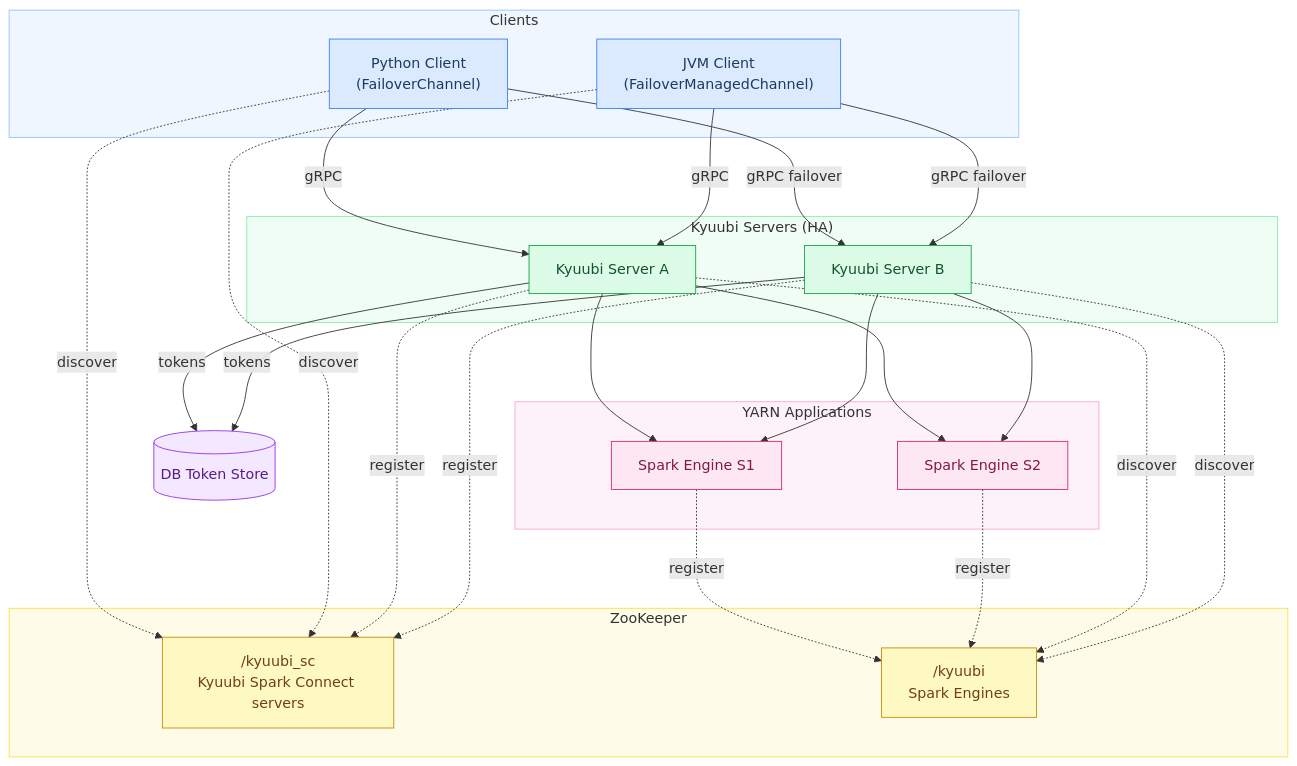
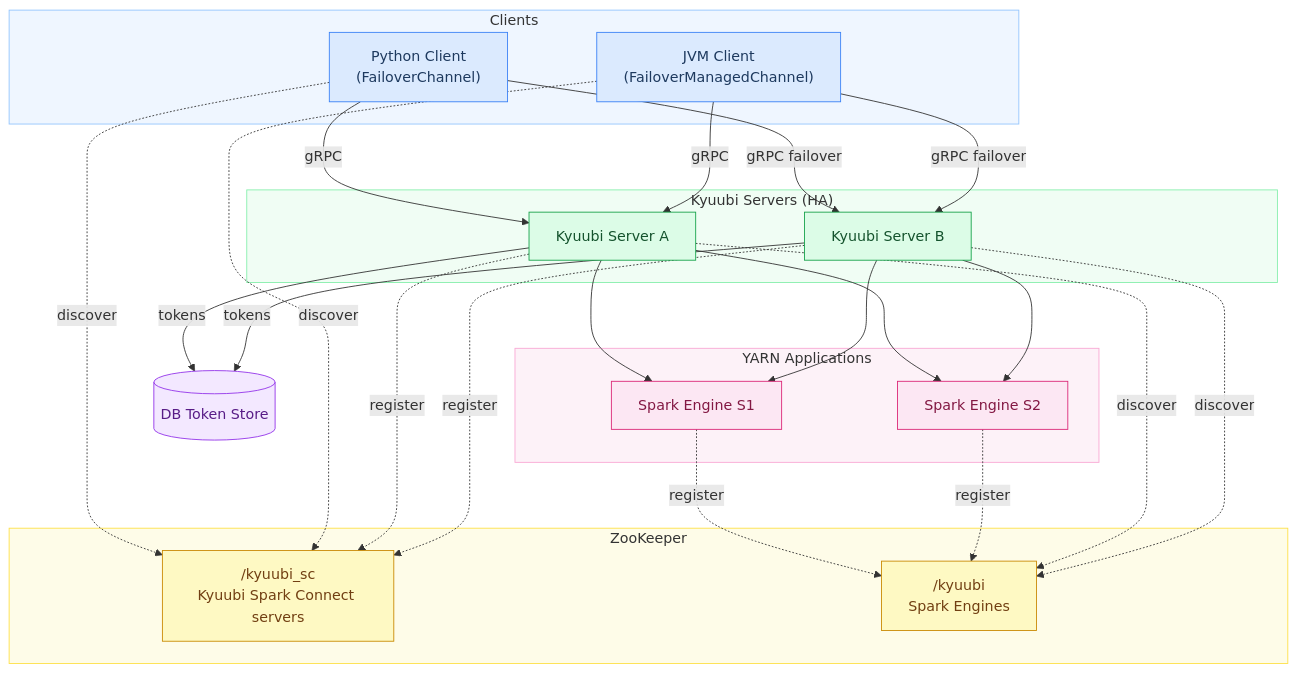
One commit to arenadata/kyuubi changed the diagram in docs/spark_connect/spark_connect_ha_architecture.mmd. Above: the diagram before and after it, drawn with Mermaid.

Commit message:
ADH-8176: docs/spark_connect/spark_connect_ha_architecture.mmd: removed rankSpacing

```diff
--- a/docs/spark_connect/spark_connect_ha_architecture.mmd
+++ b/docs/spark_connect/spark_connect_ha_architecture.mmd
@@ -1,69 +1,63 @@
----
-config:
-  flowchart:
-    rankSpacing: 65
----
-
 graph TB
     subgraph Clients
         PY["Python Client\n(FailoverChannel)"]
         JVM["JVM Client\n(FailoverManagedChannel)"]
     end
 
     subgraph ZK["ZooKeeper"]
         ZK_SC["/kyuubi_sc\nKyuubi Spark Connect servers"]
         ZK_ENG["/kyuubi\nSpark Engines"]
     end
 
     subgraph HA["Kyuubi Servers (HA)"]
         KA["Kyuubi Server A"]
         KB["Kyuubi Server B"]
     end
 
     DB[("DB Token Store")]
 
     subgraph Engines["YARN Applications"]
         E1["Spark Engine S1"]
         E2["Spark Engine S2"]
     end
 
     PY -- "gRPC" --> KA
     PY -- "gRPC failover" --> KB
     JVM -- "gRPC" --> KA
     JVM -- "gRPC failover" --> KB
 
     PY -. "discover" .-> ZK_SC
     JVM -. "discover" .-> ZK_SC
 
     KA -. "register" .-> ZK_SC
     KB -. "register" .-> ZK_SC
 
     KA -- "tokens" --> DB
     KB -- "tokens" --> DB
 
     KA --> E1
     KB --> E1
     KA --> E2
     KB --> E2
 
     E1 -. "register" .-> ZK_ENG
     E2 -. "register" .-> ZK_ENG
     KA -. "discover" .-> ZK_ENG
     KB -. "discover" .-> ZK_ENG
 
     classDef client fill:#dbeafe,stroke:#3b82f6,color:#1e3a5f
     classDef kyuubi fill:#dcfce7,stroke:#16a34a,color:#14532d
     classDef zk fill:#fef9c3,stroke:#ca8a04,color:#713f12
     classDef engine fill:#fce7f3,stroke:#db2777,color:#831843
     classDef db fill:#f3e8ff,stroke:#9333ea,color:#581c87
 
     class PY,JVM client
     class KA,KB kyuubi
     class ZK_SC,ZK_ENG zk
     class E1,E2 engine
     class DB db
 
     style Clients fill:#eff6ff,stroke:#93c5fd
     style HA fill:#f0fdf4,stroke:#86efac
     style ZK fill:#fefce8,stroke:#fde047
     style Engines fill:#fdf2f8,stroke:#f9a8d4
```
